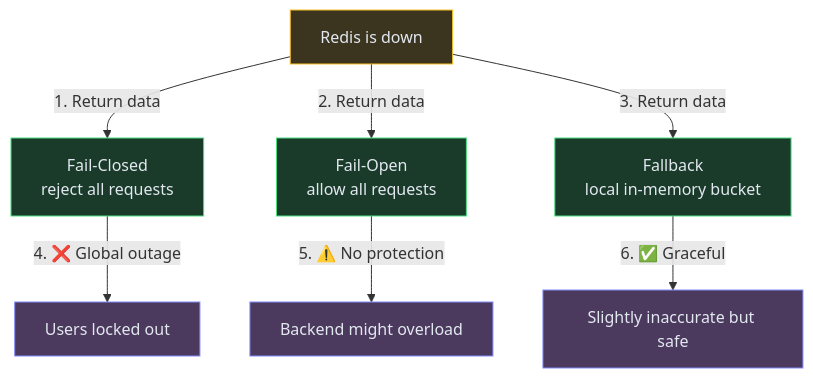
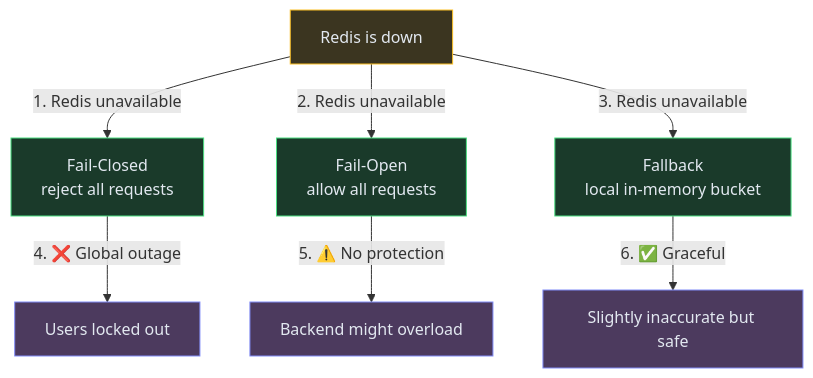
The tenth of 15 diagrams in content/hld/RateLimiter.md (iluzn/HLD-Designs), drawn with Mermaid before and after one commit. The commit also changed other lines of this file and 27 other files, not shown here.

````diff
--- a/content/hld/RateLimiter.md
+++ b/content/hld/RateLimiter.md
@@ -536,19 +536,19 @@
 ```mermaid
 flowchart TD
     DOWN["Redis is down"]:::data
     FC["Fail-Closed<br/>reject all requests"]:::service
     FO["Fail-Open<br/>allow all requests"]:::service
     FB["Fallback<br/>local in-memory bucket"]:::service
 
-    DOWN -->|"1. Return data"| FC
-    DOWN -->|"2. Return data"| FO
-    DOWN -->|"3. Return data"| FB
+    DOWN -->|"1. Redis unavailable"| FC
+    DOWN -->|"2. Redis unavailable"| FO
+    DOWN -->|"3. Redis unavailable"| FB
 
     FC -->|"4. ❌ Global outage"| BAD["Users locked out"]:::client
     FO -->|"5. ⚠️ No protection"| OK["Backend might overload"]:::client
     FB -->|"6. ✅ Graceful"| GOOD["Slightly inaccurate but safe"]:::client
 
     classDef client fill:#4c3a5e,stroke:#818cf8,color:#e2e8f0
     classDef service fill:#1a3a2a,stroke:#4ade80,color:#e2e8f0
     classDef data fill:#3b3520,stroke:#fbbf24,color:#e2e8f0
 ```
````
